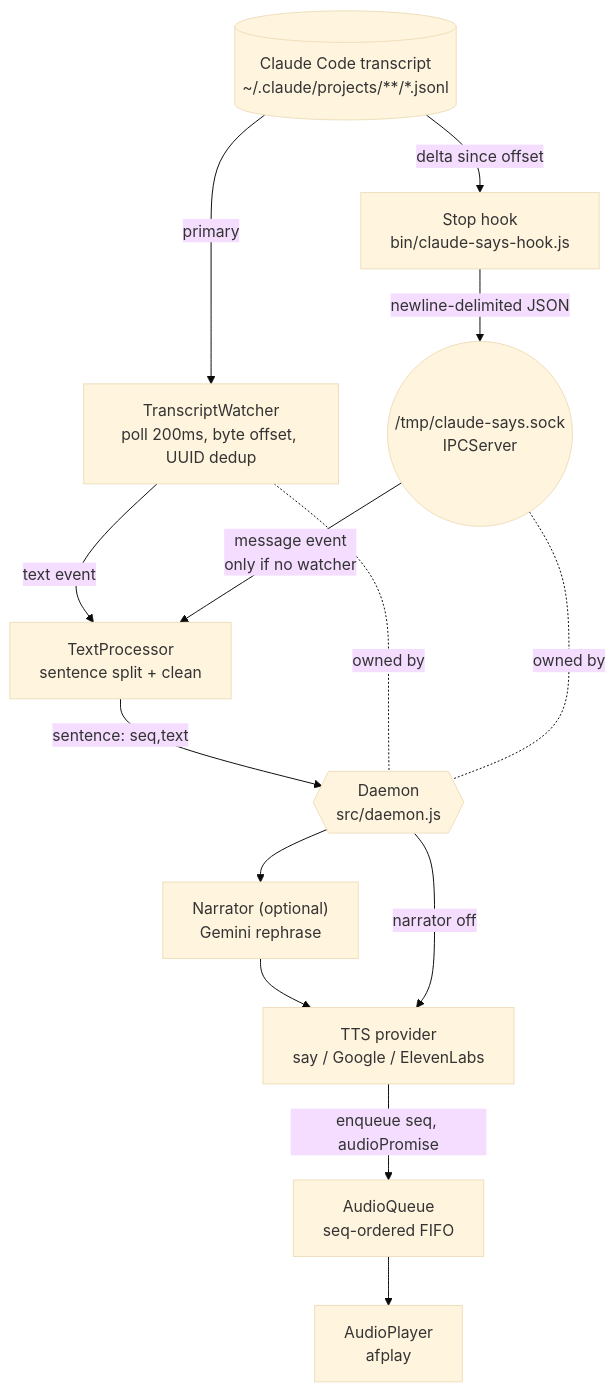
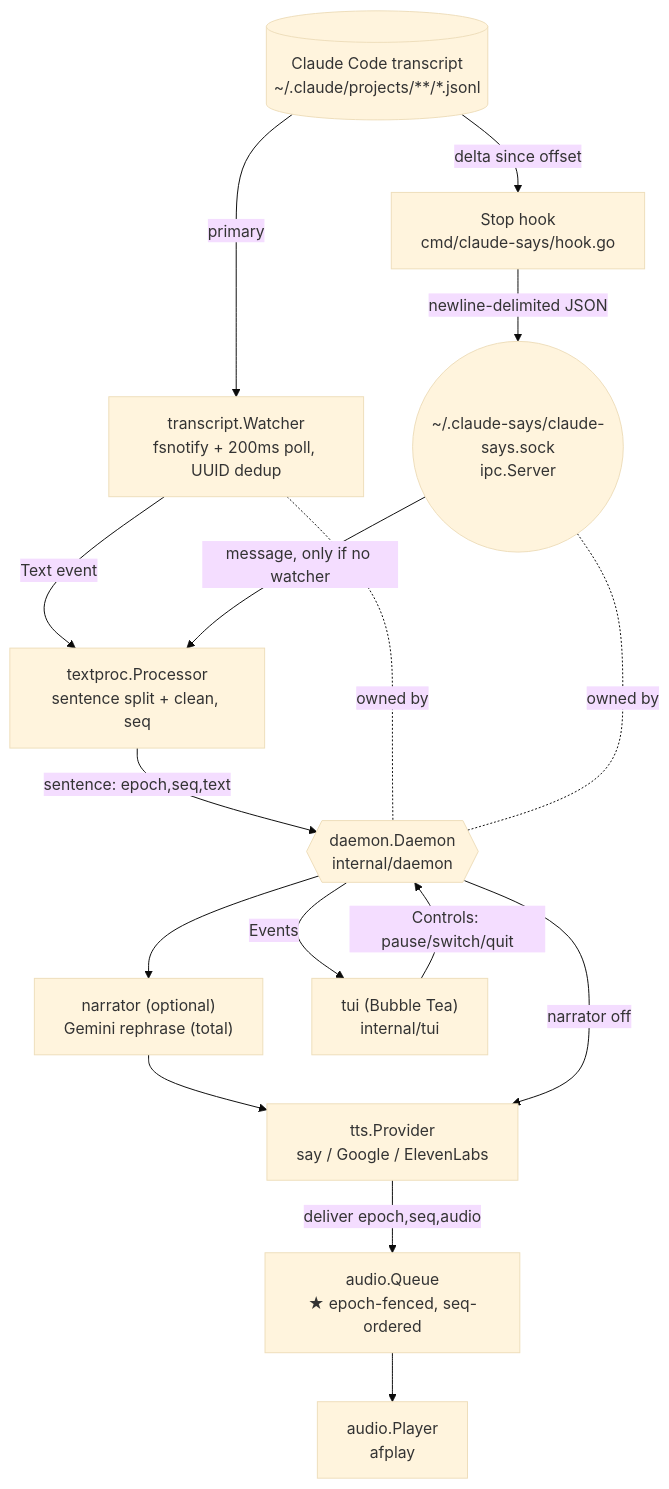
Before and after one commit to Sudhanshu069/claude-code-speak: the diagram in docs/ARCHITECTURE.md, drawn with Mermaid (base theme). The commit also changed other lines of this file, not shown here.

First line of the commit message:
docs: rewrite ARCHITECTURE.md for the Go implementation

````diff
--- a/docs/ARCHITECTURE.md
+++ b/docs/ARCHITECTURE.md
@@ -67,26 +74,29 @@
 ```mermaid
 flowchart TD
     T[("Claude Code transcript<br/>~/.claude/projects/**/*.jsonl")]
-    H["Stop hook<br/>bin/claude-says-hook.js"]
-    W["TranscriptWatcher<br/>poll 200ms, byte offset, UUID dedup"]
-    S(("/tmp/claude-says.sock<br/>IPCServer"))
-    P["TextProcessor<br/>sentence split + clean"]
-    N["Narrator (optional)<br/>Gemini rephrase"]
-    TTS["TTS provider<br/>say / Google / ElevenLabs"]
-    Q["AudioQueue<br/>seq-ordered FIFO"]
-    A["AudioPlayer<br/>afplay"]
-    D{{"Daemon<br/>src/daemon.js"}}
+    H["Stop hook<br/>cmd/claude-says/hook.go"]
+    W["transcript.Watcher<br/>fsnotify + 200ms poll, UUID dedup"]
+    S(("~/.claude-says/claude-says.sock<br/>ipc.Server"))
+    P["textproc.Processor<br/>sentence split + clean, seq"]
+    N["narrator (optional)<br/>Gemini rephrase (total)"]
+    TTS["tts.Provider<br/>say / Google / ElevenLabs"]
+    Q["audio.Queue<br/>★ epoch-fenced, seq-ordered"]
+    A["audio.Player<br/>afplay"]
+    D{{"daemon.Daemon<br/>internal/daemon"}}
+    U["tui (Bubble Tea)<br/>internal/tui"]
 
     T -->|primary| W
     T -->|delta since offset| H
     H -->|newline-delimited JSON| S
-    W -->|text event| P
-    S -->|message event<br/>only if no watcher| P
-    P -->|sentence: seq,text| D
+    W -->|Text event| P
+    S -->|message, only if no watcher| P
+    P -->|sentence: epoch,seq,text| D
     D --> N --> TTS
     D -->|narrator off| TTS
-    TTS -->|enqueue seq, audioPromise| Q
+    TTS -->|deliver epoch,seq,audio| Q
     Q --> A
+    D -->|Events| U
+    U -->|Controls: pause/switch/quit| D
     W -. owned by .- D
     S -. owned by .- D
 ```
````
